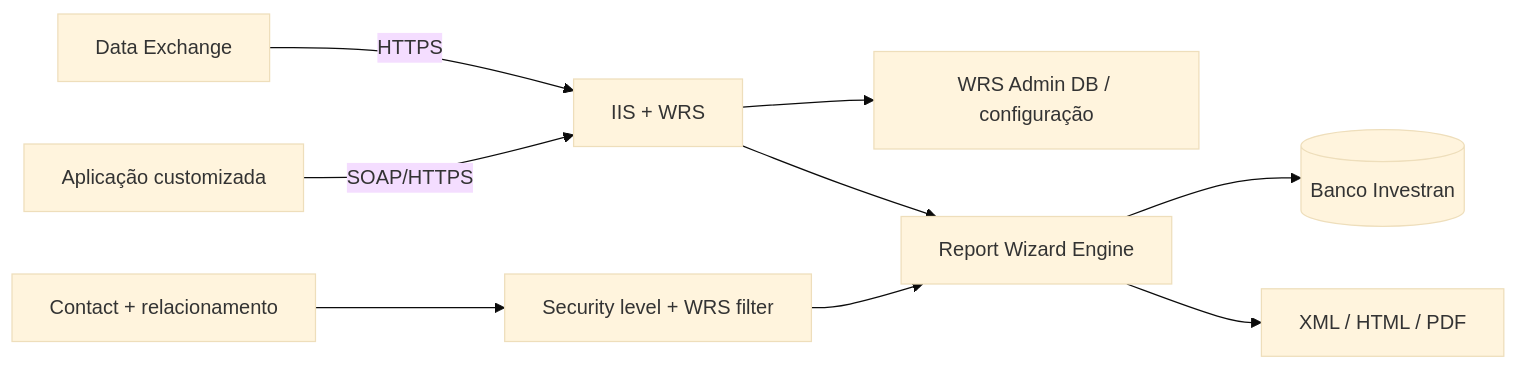
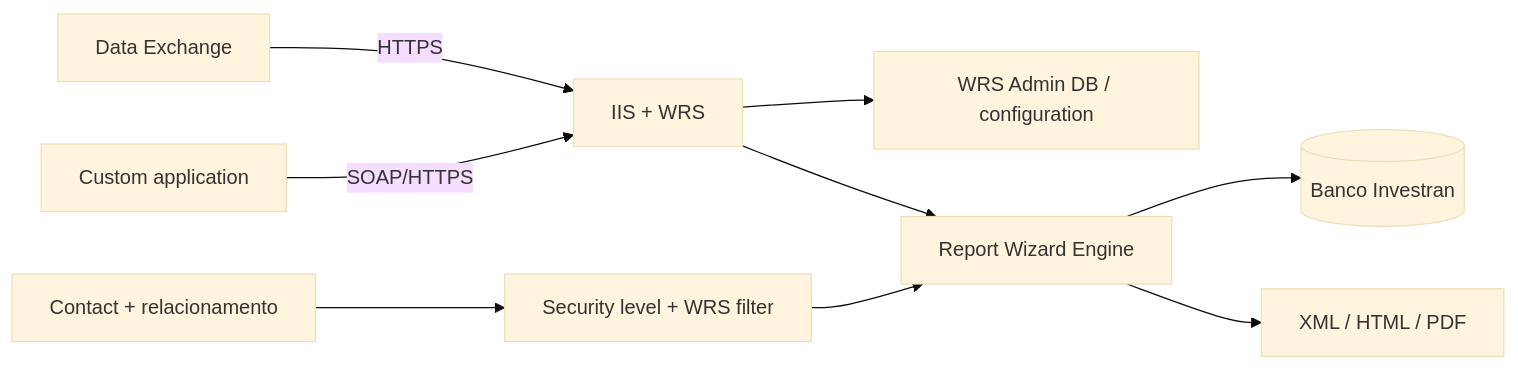
Before and after one commit to msekimoto/investran: the first of 2 diagrams in docs/reporting/03-web-reporting-services.md, drawn with Mermaid (base theme). The commit also changed other lines of this file and 105 other files, not shown here.

````diff
--- a/docs/reporting/03-web-reporting-services.md
+++ b/docs/reporting/03-web-reporting-services.md
@@ -11,11 +11,11 @@
 ```mermaid
 flowchart LR
     DX[Data Exchange] -->|HTTPS| IIS[IIS + WRS]
-    APP[Aplicação customizada] -->|SOAP/HTTPS| IIS
-    IIS --> CFG[WRS Admin DB / configuração]
+    APP[Custom application] -->|SOAP/HTTPS| IIS
+    IIS --> CFG[WRS Admin DB / configuration]
     IIS --> RW[Report Wizard Engine]
     RW --> INV[(Banco Investran)]
     CONTACT[Contact + relacionamento] --> SEC[Security level + WRS filter]
     SEC --> RW
     RW --> OUT[XML / HTML / PDF]
 ```
````
